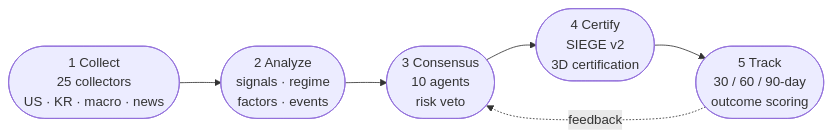
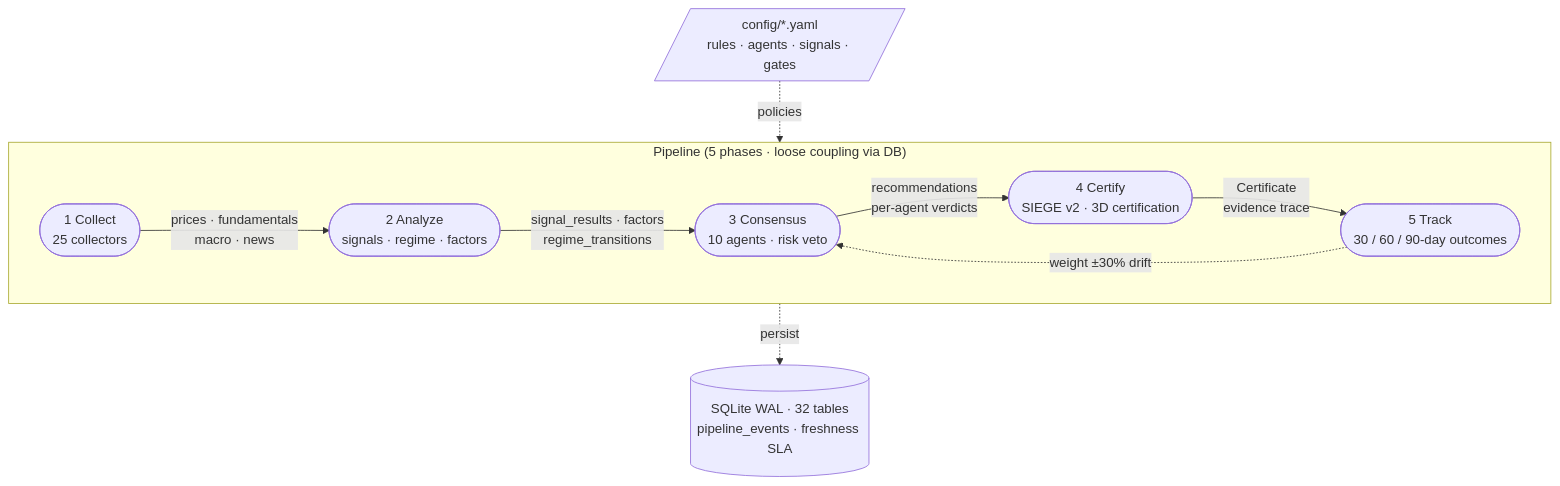
Before and after one commit to researcherhojin/nuri-quant: the diagram in README.md, drawn with Mermaid.

Commit message:
docs(readme): tighten architecture mermaid — labeled edges + foundation
Previous 5-pill flat version felt loose. This version shows:
- What flows between stages (labeled edges with table/file artifacts)
- Config as explicit input (trapezoid) with "policies" label
- DB as explicit persistence target with pipeline_events + freshness
- Feedback loop semantically labeled ("weight ±30% drift")
- Pipeline wrapped in one subgraph so Foundation (config, DB) sits outside
  without getting lost in the flow

Still 5 pipeline nodes + 2 foundation nodes + labeled edges — no return to
the 7-subgraph cluster. GitHub Mermaid 10.x supports subgraph-to-node edges.

````diff
--- a/README.md
+++ b/README.md
@@ -19,11 +19,24 @@
 ```mermaid
-flowchart LR
-    A(["1 Collect<br/>25 collectors<br/>US · KR · macro · news"])
-    B(["2 Analyze<br/>signals · regime<br/>factors · events"])
-    C(["3 Consensus<br/>10 agents<br/>risk veto"])
-    D(["4 Certify<br/>SIEGE v2<br/>3D certification"])
-    E(["5 Track<br/>30 / 60 / 90-day<br/>outcome scoring"])
+flowchart TD
+    CFG[/"config/*.yaml<br/>rules · agents · signals · gates"/]
 
-    A --> B --> C --> D --> E
-    E -. feedback .-> C
+    subgraph Pipeline["Pipeline (5 phases · loose coupling via DB)"]
+        direction LR
+        A(["1 Collect<br/>25 collectors"])
+        B(["2 Analyze<br/>signals · regime · factors"])
+        C(["3 Consensus<br/>10 agents · risk veto"])
+        D(["4 Certify<br/>SIEGE v2 · 3D certification"])
+        E(["5 Track<br/>30 / 60 / 90-day outcomes"])
+
+        A -- "prices · fundamentals<br/>macro · news" --> B
+        B -- "signal_results · factors<br/>regime_transitions" --> C
+        C -- "recommendations<br/>per-agent verdicts" --> D
+        D -- "Certificate<br/>evidence trace" --> E
+        E -. "weight ±30% drift" .-> C
+    end
+
+    DB[("SQLite WAL · 32 tables<br/>pipeline_events · freshness SLA")]
+
+    CFG -. policies .-> Pipeline
+    Pipeline -. persist .-> DB
 ```
````
